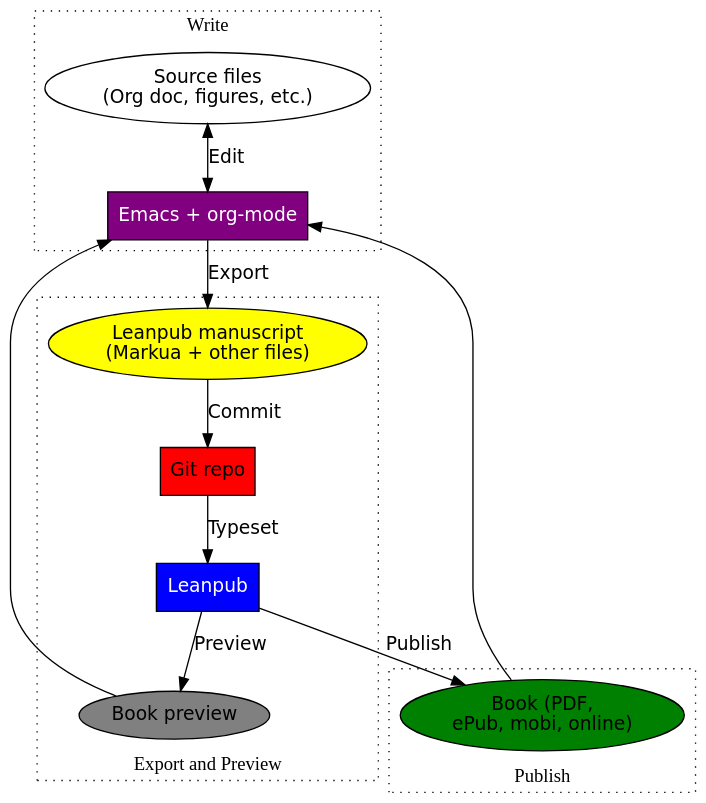
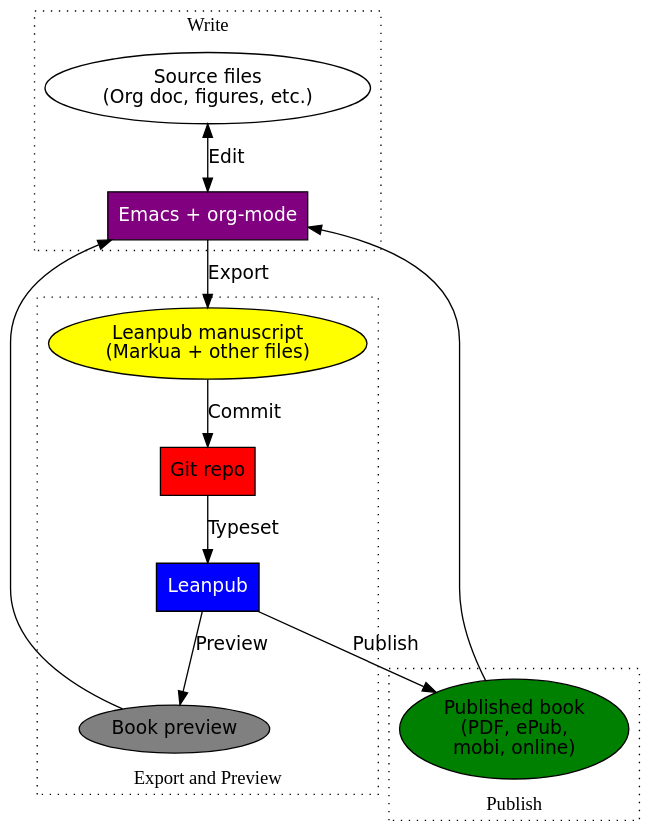
Before and after one commit to zzamboni/emacs-org-leanpub: the diagram in book.org, drawn with Graphviz. The commit also changed other lines of this file and 5 other files, not shown here.

First line of the commit message:
Moved workflow diagram source to its own appendix

```diff
--- a/book.org
+++ b/book.org
@@ -145,44 +1033,44 @@
 #+begin_src dot :file "images/high-level-workflow.png" :exports both
 digraph {
     bgcolor="transparent";
     rankdir=TB;
     node [fontname="DejaVu Sans"];
     edge [fontname="DejaVu Sans"];
     files [label="Source files\n(Org doc, figures, etc.)", shape=oval];
     emacs [label="Emacs + org-mode",
            fillcolor=purple, fontcolor=white, style=filled, shape=box];
     manuscript [label="Leanpub manuscript\n(Markua + other files)",
                 fillcolor=yellow, style=filled, shape=oval];
     leanpub [label="Leanpub",
              fillcolor=blue, fontcolor=white, style=filled, shape=box];
     git [label="Git repo", fillcolor=red, style=filled, shape=box];
     preview [label="Book preview",
              fillcolor=grey, style=filled, shape=oval];
-    book [label="Book (PDF,\nePub, mobi, online)",
+    book [label="Published book\n(PDF, ePub,\nmobi, online)",
           shape=oval, fillcolor=green, style=filled];
     subgraph cluster_writing {
         label="Write";
         rankdir=TB;
         graph [style=dotted];
         files -> emacs      [label="Edit", dir="both", weight=10];
     };
     subgraph cluster_export_preview {
         label="Export and Preview";
         labelloc="b";
         rankdir=TB;
         graph [style=dotted];
         emacs -> manuscript [label="Export", weight=10];
         manuscript -> git   [label="Commit", weight=10];
         git -> leanpub      [label="Typeset", weight=10];
         leanpub -> preview  [label="Preview"];
     };
     subgraph cluster_publish {
         label="Publish";
         labelloc="b";
         graph [style=dotted];
         leanpub -> book     [label="Publish"];
     };
     book -> emacs;
     preview -> emacs;
 }
 #+end_src
```
